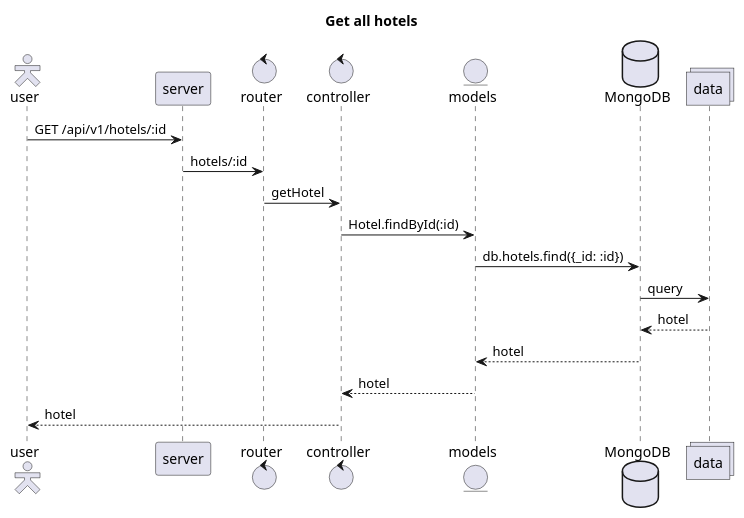
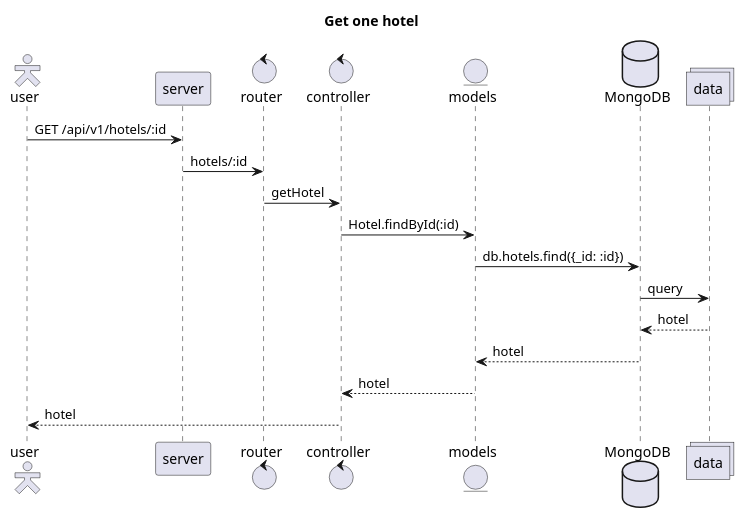
Before and after one commit to 2110503TACEDT66/presentation-day-1-groupback: the diagram in diagrams/sequence32_viewhotel.puml, drawn with PlantUML. The commit also changed 6 other files, not shown here.

Commit message:
diagram update two

```diff
--- a/diagrams/sequence32_viewhotel.puml
+++ b/diagrams/sequence32_viewhotel.puml
@@ -1,21 +1,21 @@
 @startuml sequence
-title Get all hotels
+title Get one hotel
 skinparam actorStyle Hollow
 actor user
 participant server
 control router
 control controller
 entity models
 database MongoDB as db
 collections data
 user -> server : GET /api/v1/hotels/:id 
 server -> router : hotels/:id
 router -> controller : getHotel
 controller -> models : Hotel.findById(:id)
 models -> db : db.hotels.find({_id: :id})
 db -> data : query
 db <-- data : hotel
 models <-- db : hotel
 controller <-- models : hotel
 user <-- controller : hotel
 @enduml
```
